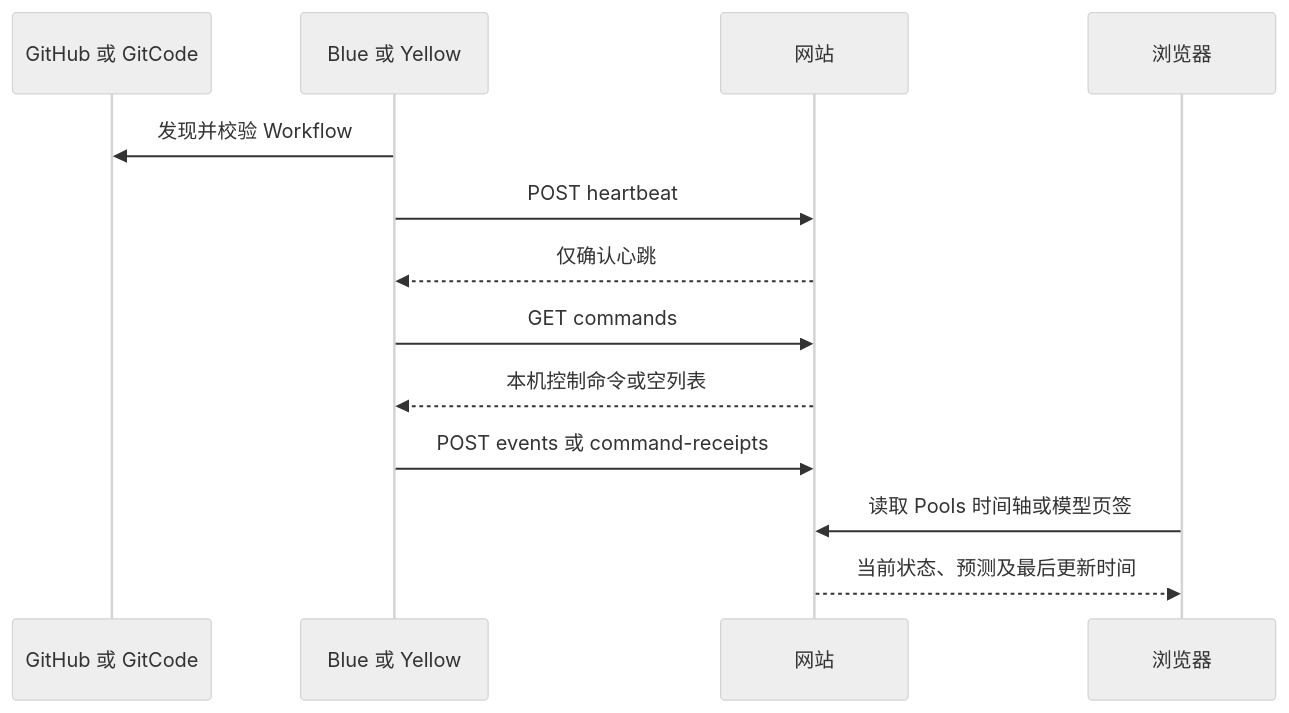
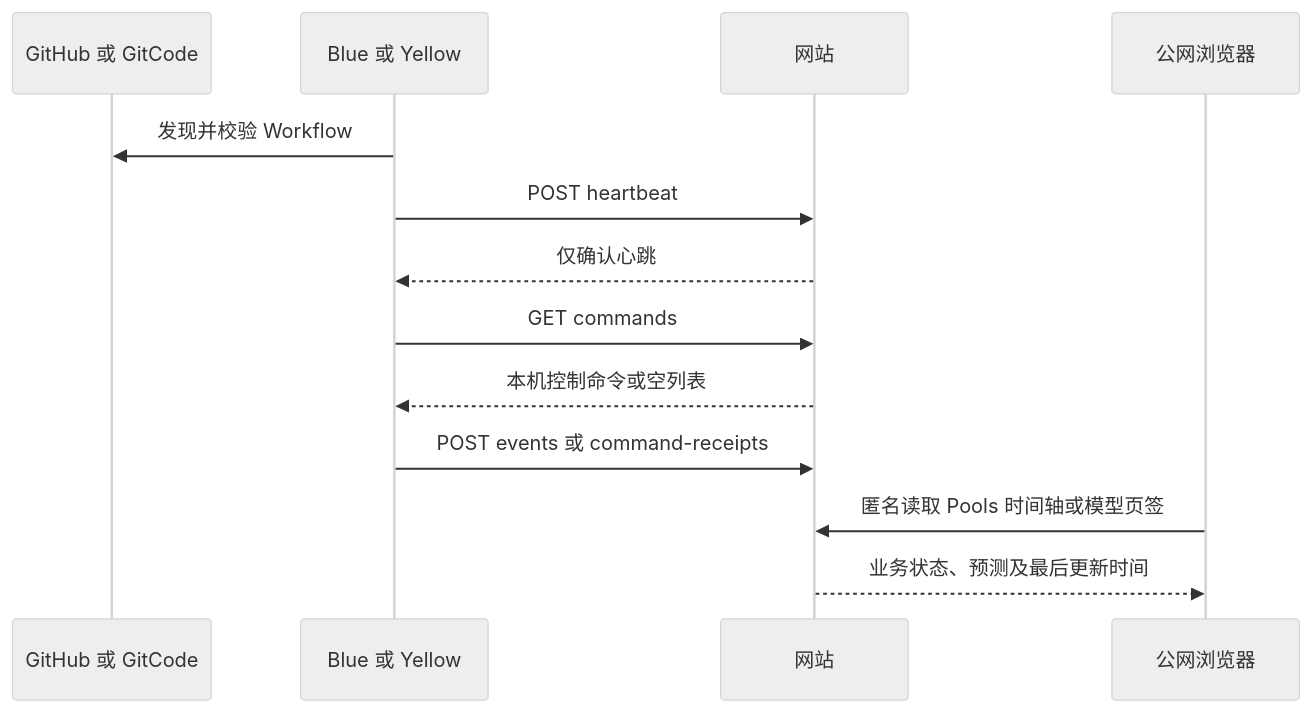
The first of 3 diagrams in control-center/docs/PRD.md (depeng1994/lite-actions), drawn with Mermaid (neutral theme) before and after one commit. The commit also changed other lines of this file, not shown here.

````diff
--- a/control-center/docs/PRD.md
+++ b/control-center/docs/PRD.md
@@ -37,15 +43,15 @@
 ```mermaid
 sequenceDiagram
     participant P as GitHub 或 GitCode
     participant W as Blue 或 Yellow
     participant S as 网站
-    participant B as 浏览器
+    participant B as 公网浏览器
     W->>P: 发现并校验 Workflow
     W->>S: POST heartbeat
     S-->>W: 仅确认心跳
     W->>S: GET commands
     S-->>W: 本机控制命令或空列表
     W->>S: POST events 或 command-receipts
-    B->>S: 读取 Pools 时间轴或模型页签
-    S-->>B: 当前状态、预测及最后更新时间
+    B->>S: 匿名读取 Pools 时间轴或模型页签
+    S-->>B: 业务状态、预测及最后更新时间
 ```
````
